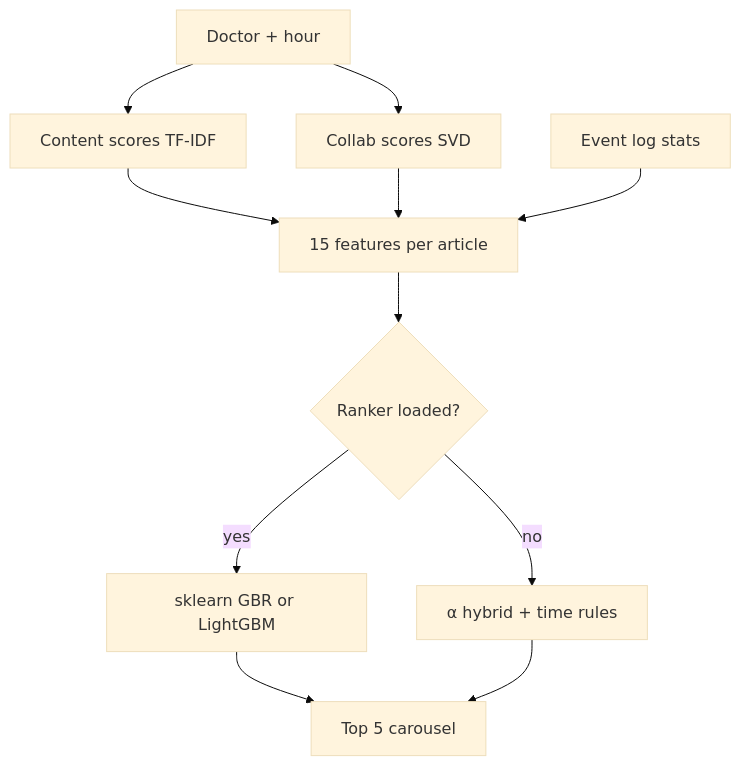
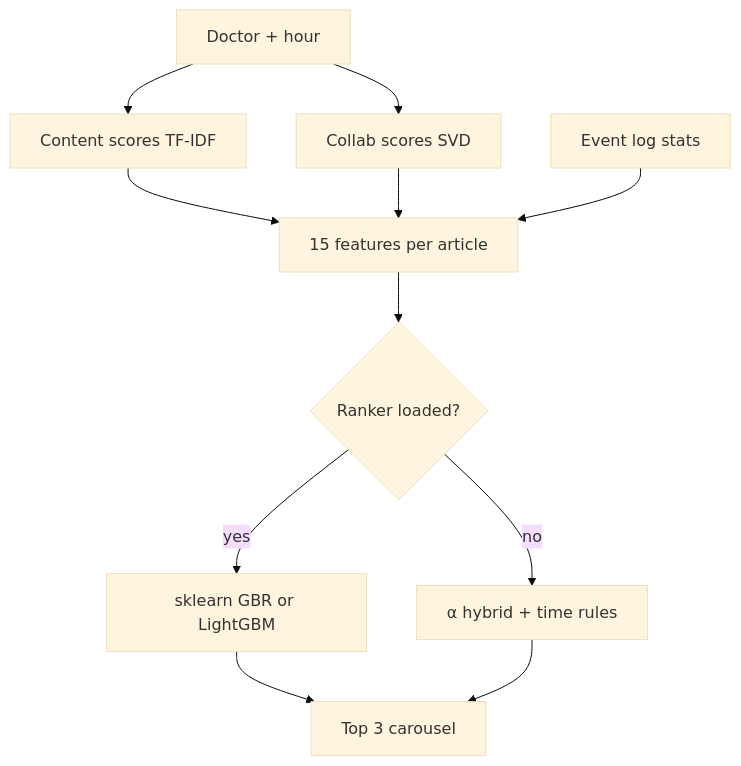
One commit to wasimahmadpk/MedX changed the diagram in README.md. Above: the diagram before and after it, drawn with Mermaid (base theme). The commit also changed other lines of this file and 2 other files, not shown here.

````diff
--- a/README.md
+++ b/README.md
@@ -73,13 +73,13 @@
 ```mermaid
 flowchart TD
   A[Doctor + hour] --> B[Content scores TF-IDF]
   A --> C[Collab scores SVD]
   B --> D[15 features per article]
   C --> D
   E[Event log stats] --> D
   D --> F{Ranker loaded?}
   F -->|yes| G[sklearn GBR or LightGBM]
   F -->|no| H[α hybrid + time rules]
-  G --> I[Top 5 carousel]
+  G --> I[Top 3 carousel]
   H --> I
 ```
````
